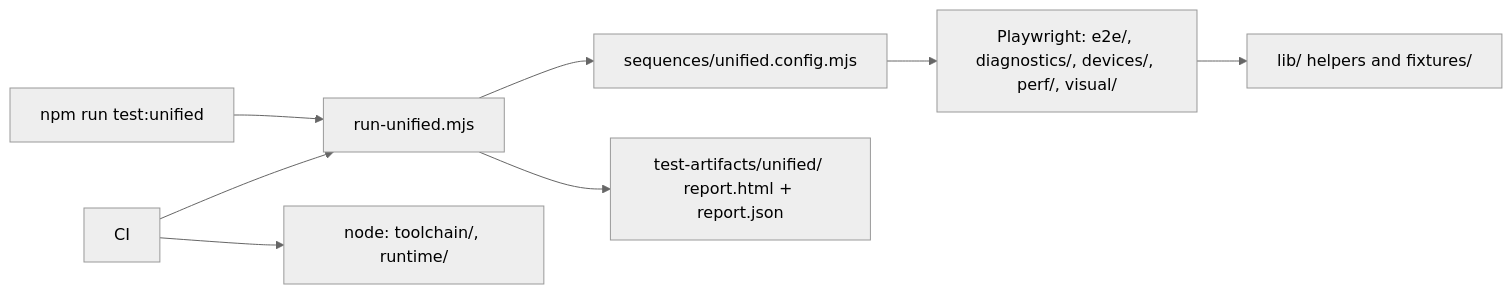
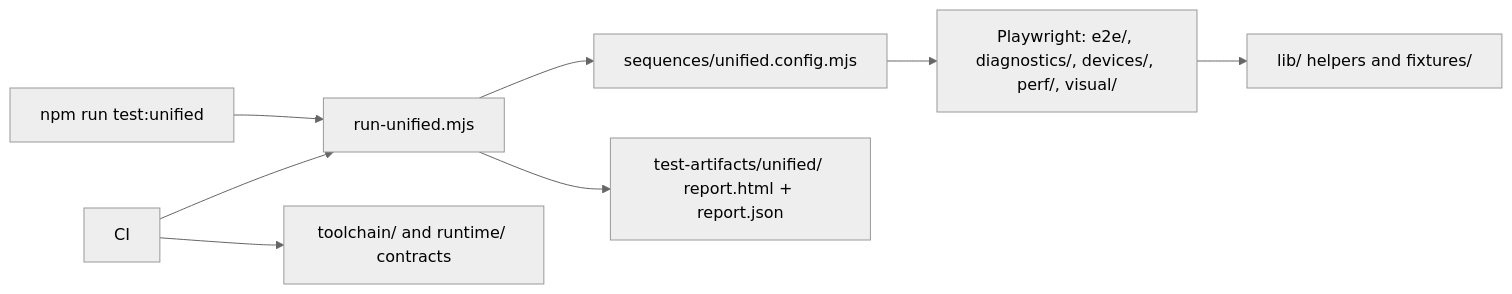
The diagram in tests/README.md (GraphDone/GraphDone-Core), drawn with Mermaid (neutral theme) before and after one commit. The commit also changed 3 other files, not shown here.

````diff
--- a/tests/README.md
+++ b/tests/README.md
@@ -32,10 +32,10 @@
 ```mermaid
 flowchart LR
   cmd["npm run test:unified"] --> run["run-unified.mjs"]
   run --> seq["sequences/unified.config.mjs"]
   seq --> pw["Playwright: e2e/, diagnostics/, devices/, perf/, visual/"]
   pw --> lib["lib/ helpers and fixtures/"]
   run --> report["test-artifacts/unified/ report.html + report.json"]
-  ci["CI"] --> contracts["node: toolchain/, runtime/"]
+  ci["CI"] --> contracts["toolchain/ and runtime/ contracts"]
   ci --> run
 ```
````
